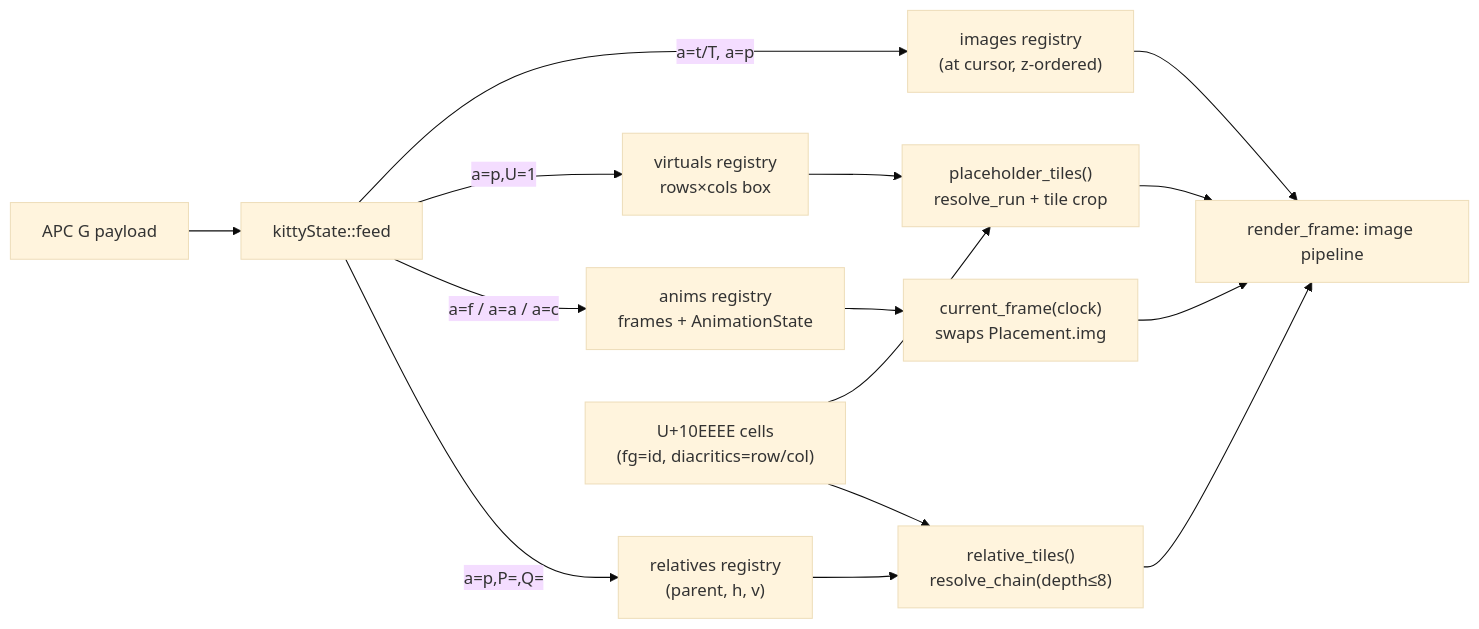
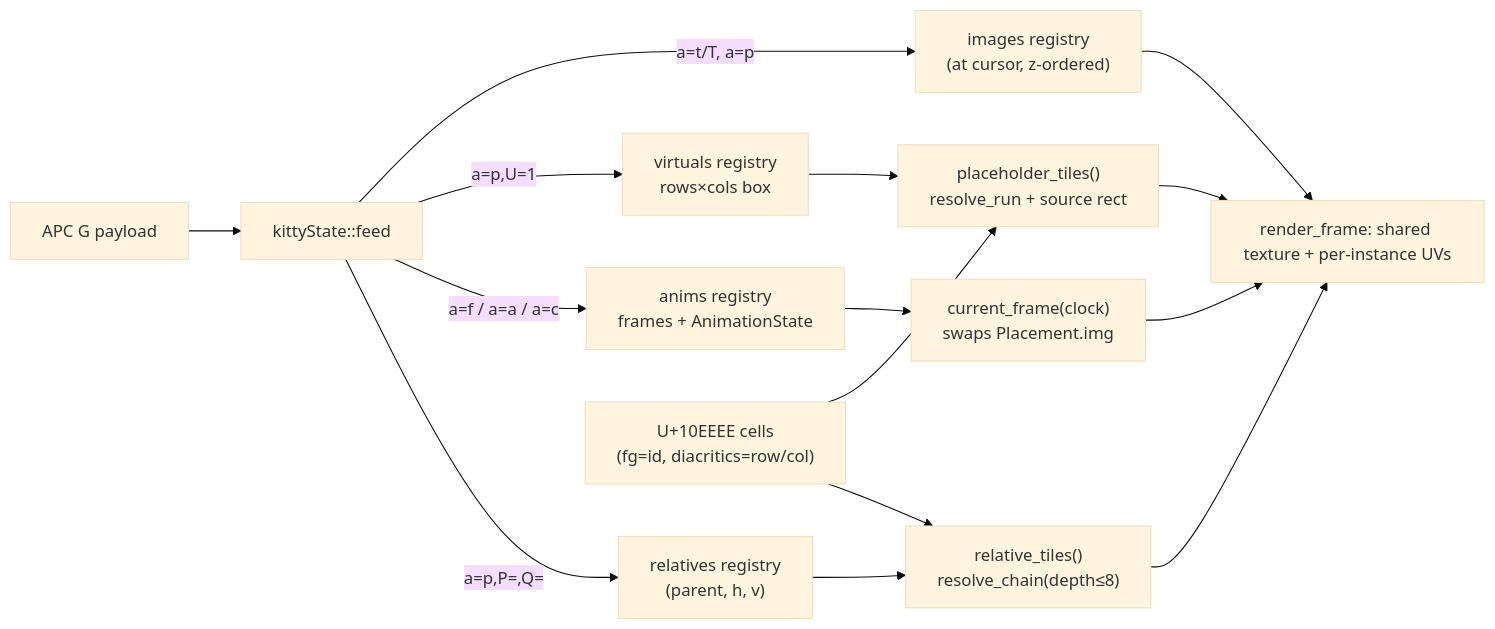
Before and after one commit to Reddimus/kettle: the fourth of 10 diagrams in docs/ARCHITECTURE.md, drawn with Mermaid (base theme). The commit also changed other lines of this file and 81 other files, not shown here.

````diff
--- a/docs/ARCHITECTURE.md
+++ b/docs/ARCHITECTURE.md
@@ -175,14 +220,14 @@
 ```mermaid
 graph LR
     apc["APC G payload"] --> kit["kittyState::feed"]
     kit -->|"a=t/T, a=p"| place["images registry<br/>(at cursor, z-ordered)"]
     kit -->|"a=p,U=1"| virt["virtuals registry<br/>rows×cols box"]
     kit -->|"a=f / a=a / a=c"| anim["anims registry<br/>frames + AnimationState"]
     kit -->|"a=p,P=,Q="| rel["relatives registry<br/>(parent, h, v)"]
-    grid["U+10EEEE cells<br/>(fg=id, diacritics=row/col)"] --> ph["placeholder_tiles()<br/>resolve_run + tile crop"]
+    grid["U+10EEEE cells<br/>(fg=id, diacritics=row/col)"] --> ph["placeholder_tiles()<br/>resolve_run + source rect"]
     virt --> ph
     anim --> clk["current_frame(clock)<br/>swaps Placement.img"]
     rel --> rt["relative_tiles()<br/>resolve_chain(depth≤8)"]
     grid --> rt
-    place & ph & rt & clk --> draw["render_frame: image pipeline"]
+    place & ph & rt & clk --> draw["render_frame: shared texture + per-instance UVs"]
 ```
````
